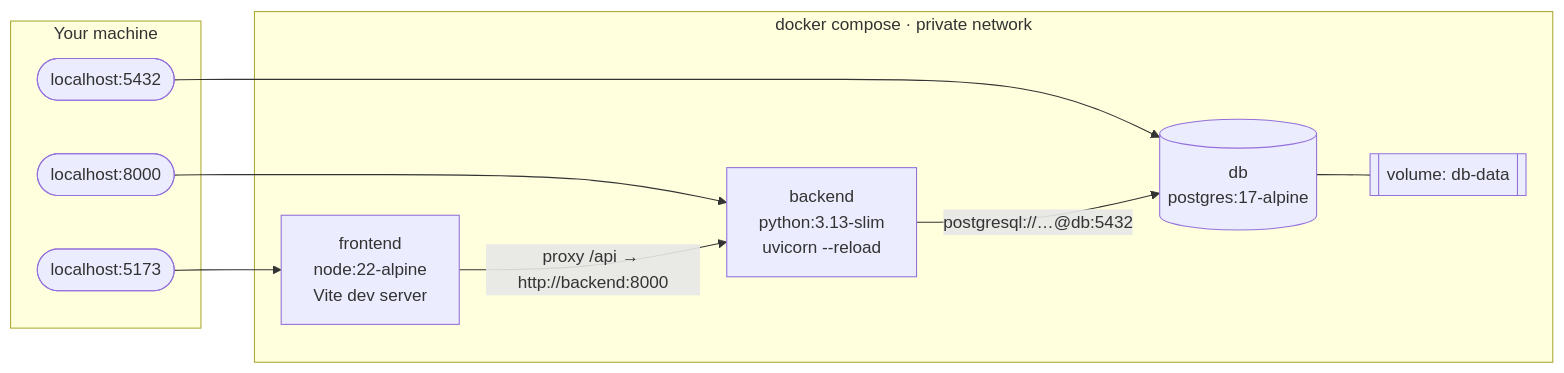
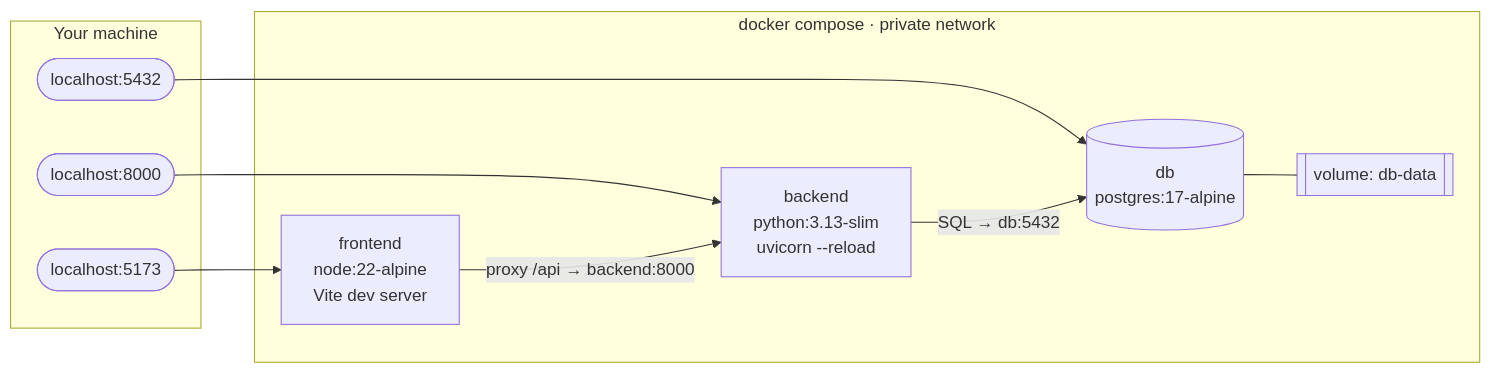
The second of 2 diagrams in README.md (uriamelaku/meusharim), drawn with Mermaid before and after one commit. The commit also changed other lines of this file, not shown here.

Commit message:
README: fix the Docker diagram label and right-to-left heading

````diff
--- a/README.md
+++ b/README.md
@@ -112,20 +112,20 @@
 ```mermaid
 flowchart LR
     subgraph Host["Your machine"]
         B5173(["localhost:5173"])
         B8000(["localhost:8000"])
         B5432(["localhost:5432"])
     end
     subgraph Compose["docker compose · private network"]
         FE["frontend<br/>node:22-alpine<br/>Vite dev server"]
         BE["backend<br/>python:3.13-slim<br/>uvicorn --reload"]
         DB[("db<br/>postgres:17-alpine")]
         VOL[["volume: db-data"]]
     end
     B5173 --> FE
     B8000 --> BE
     B5432 --> DB
-    FE -- "proxy /api → http://backend:8000" --> BE
-    BE -- "postgresql://…@db:5432" --> DB
+    FE -- "proxy /api → backend:8000" --> BE
+    BE -- "SQL → db:5432" --> DB
     DB --- VOL
 ```
````
